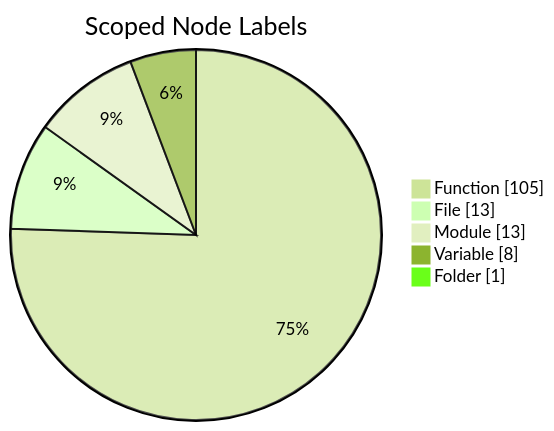
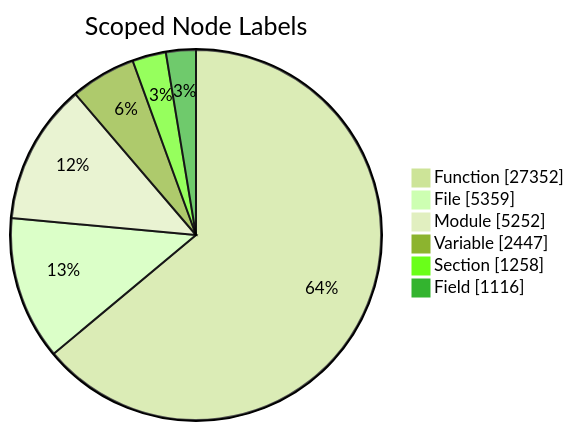
Before and after one commit to scl2bp/refactor_cli: the third of 7 diagrams in .refactor/analysis/candidates/report.md, drawn with Mermaid (forest theme). The commit also changed other lines of this file, not shown here.

````diff
--- a/.refactor/analysis/candidates/report.md
+++ b/.refactor/analysis/candidates/report.md
@@ -110,9 +145,10 @@
 ```mermaid
 pie showData
   title Scoped Node Labels
-  "Function" : 105
-  "File" : 13
-  "Module" : 13
-  "Variable" : 8
-  "Folder" : 1
+  "Function" : 27352
+  "File" : 5359
+  "Module" : 5252
+  "Variable" : 2447
+  "Section" : 1258
+  "Field" : 1116
 ```
````
